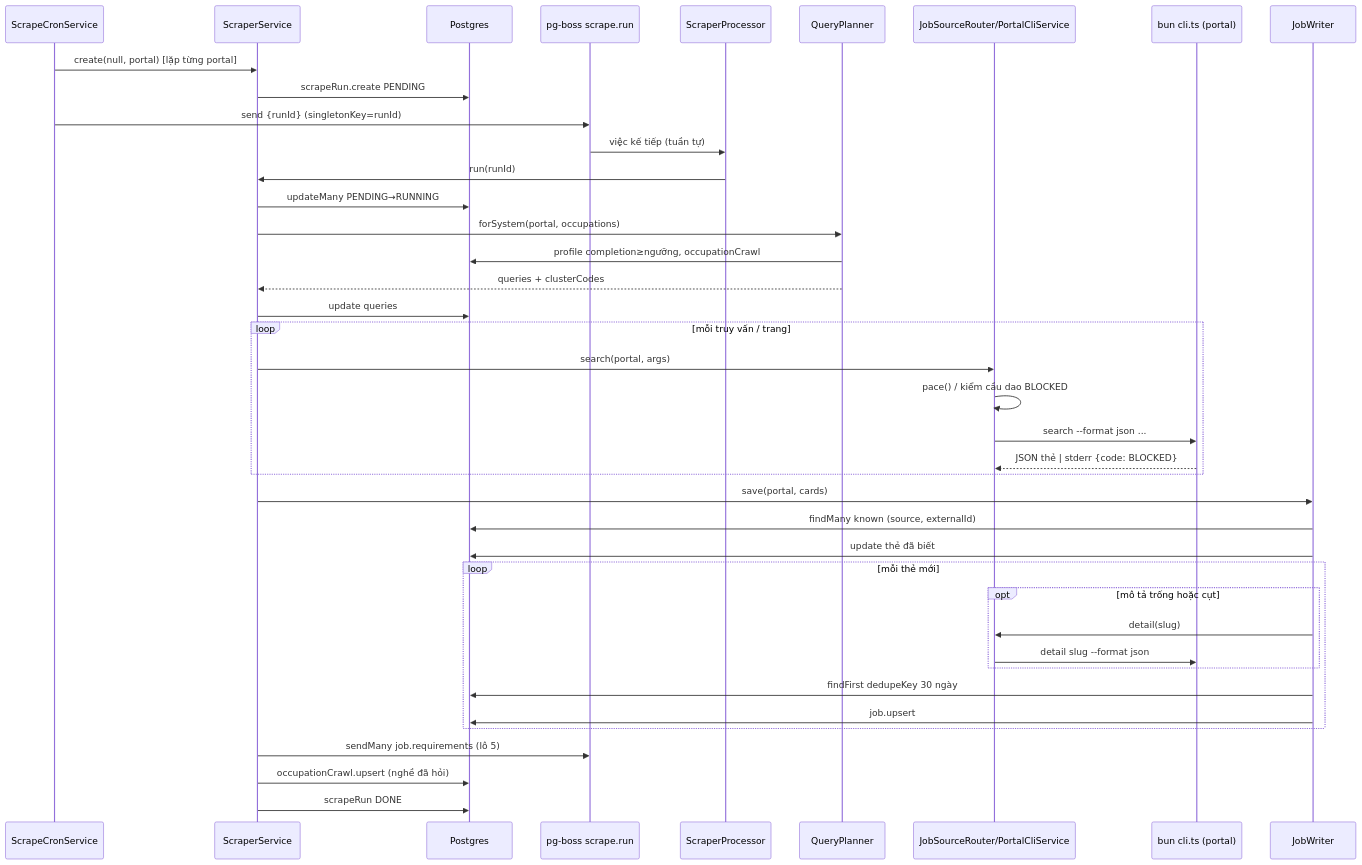
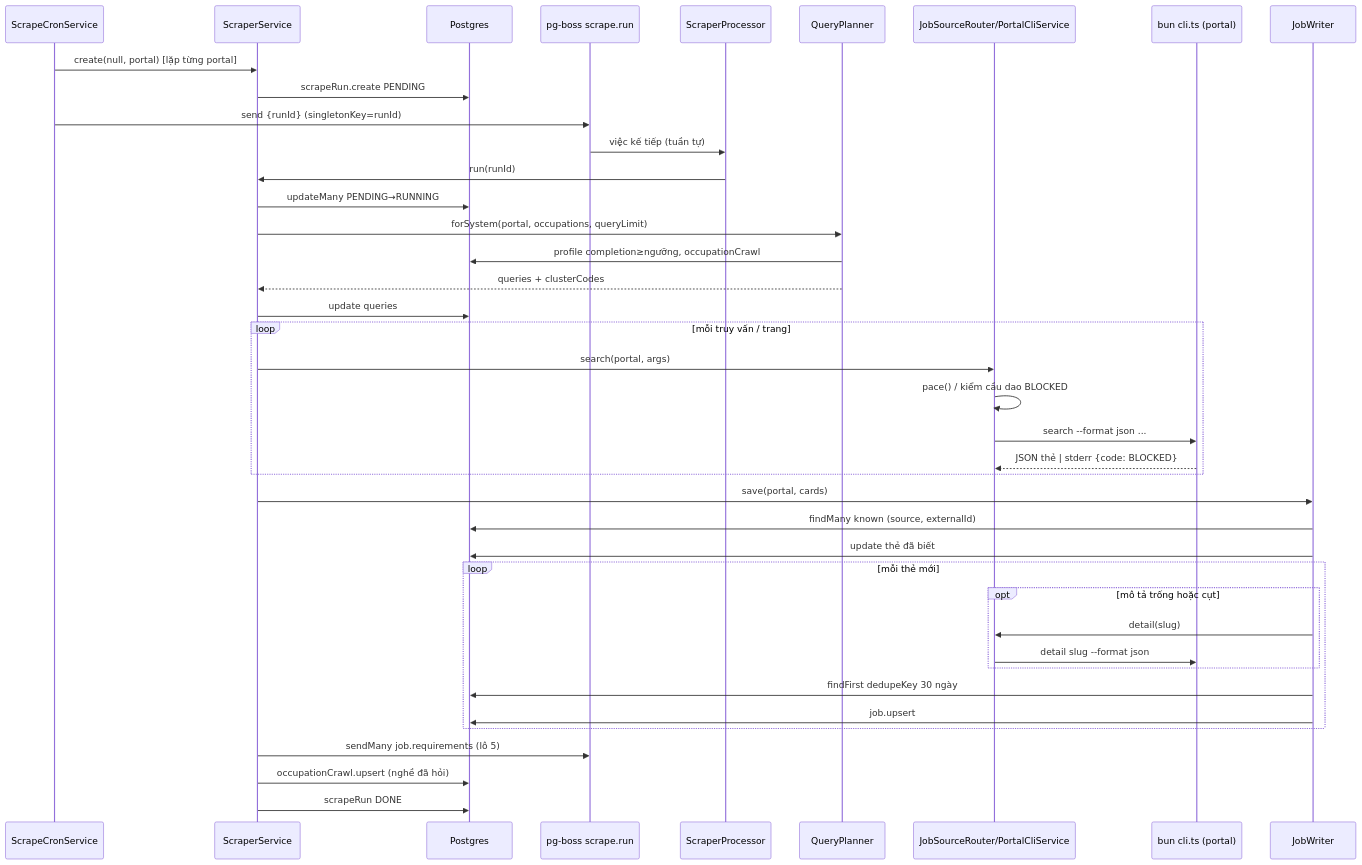
The second of 4 diagrams in docs/business-flows/modules/job-scraping.md (BuiThienHoang221204/ai-job-search), drawn with Mermaid before and after one commit. The commit also changed other lines of this file and 11 other files, not shown here.

First line of the commit message:
refactor: add per-portal queryLimit and ZenRows fallback for TopCV

````diff
--- a/docs/business-flows/modules/job-scraping.md
+++ b/docs/business-flows/modules/job-scraping.md
@@ -240,42 +240,42 @@
 ```mermaid
 sequenceDiagram
     participant CR as ScrapeCronService
     participant SS as ScraperService
     participant DB as Postgres
     participant Q as pg-boss scrape.run
     participant P as ScraperProcessor
     participant QP as QueryPlanner
     participant R as JobSourceRouter/PortalCliService
     participant CLI as bun cli.ts (portal)
     participant JW as JobWriter
     CR->>SS: create(null, portal) [lặp từng portal]
     SS->>DB: scrapeRun.create PENDING
     CR->>Q: send {runId} (singletonKey=runId)
     Q->>P: việc kế tiếp (tuần tự)
     P->>SS: run(runId)
     SS->>DB: updateMany PENDING→RUNNING
-    SS->>QP: forSystem(portal, occupations)
+    SS->>QP: forSystem(portal, occupations, queryLimit)
     QP->>DB: profile completion≥ngưỡng, occupationCrawl
     QP-->>SS: queries + clusterCodes
     SS->>DB: update queries
     loop mỗi truy vấn / trang
         SS->>R: search(portal, args)
         R->>R: pace() / kiểm cầu dao BLOCKED
         R->>CLI: search --format json ...
         CLI-->>R: JSON thẻ | stderr {code: BLOCKED}
     end
     SS->>JW: save(portal, cards)
     JW->>DB: findMany known (source, externalId)
     JW->>DB: update thẻ đã biết
     loop mỗi thẻ mới
         opt mô tả trống hoặc cụt
             JW->>R: detail(slug)
             R->>CLI: detail slug --format json
         end
         JW->>DB: findFirst dedupeKey 30 ngày
         JW->>DB: job.upsert
     end
     SS->>Q: sendMany job.requirements (lô 5)
     SS->>DB: occupationCrawl.upsert (nghề đã hỏi)
     SS->>DB: scrapeRun DONE
 ```
````
